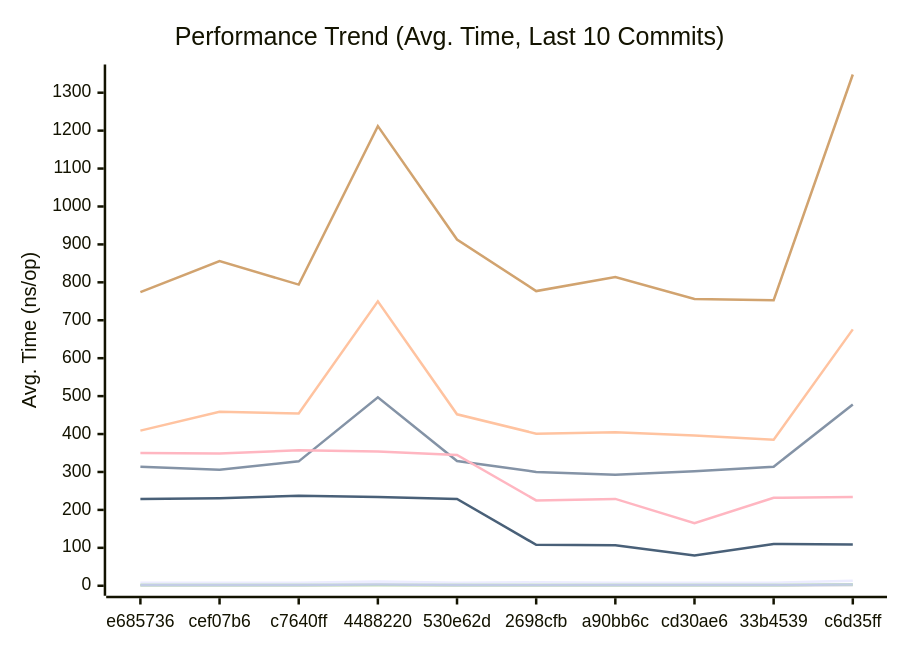
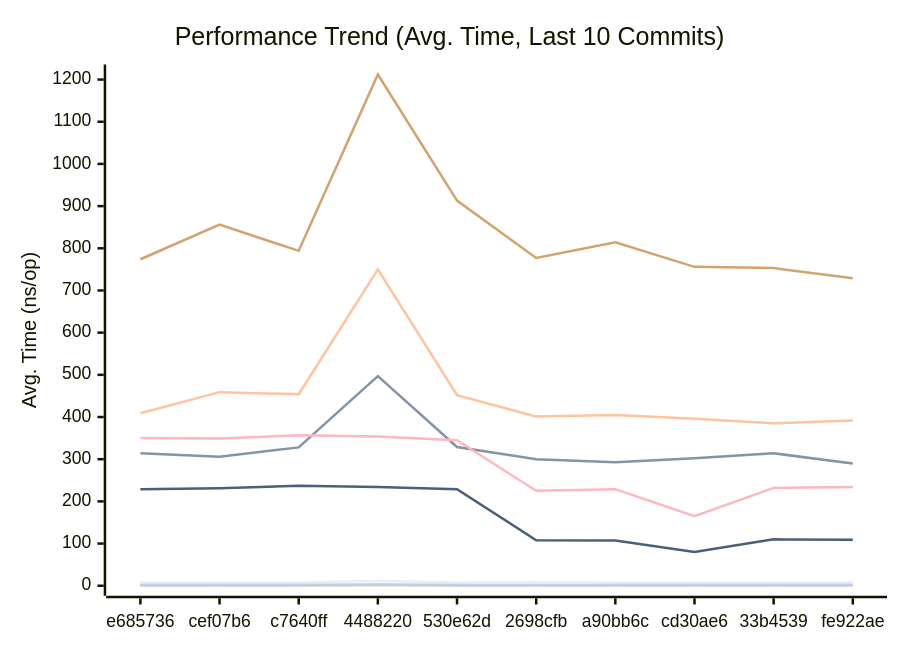
One commit to alsotoes/momo changed the first of 3 diagrams in docs/PERFORMANCE.md. Above: the diagram before and after it, drawn with Mermaid. The commit also changed other lines of this file and 8 other files, not shown here.

````diff
--- a/docs/PERFORMANCE.md
+++ b/docs/PERFORMANCE.md
@@ -80,16 +80,16 @@
 ```mermaid
 xychart-beta
     title "Performance Trend (Avg. Time, Last 10 Commits)"
     x-axis "Commit"
     y-axis "Avg. Time (ns/op)"
-    x-axis [e685736,cef07b6,c7640ff,4488220,530e62d,2698cfb,a90bb6c,cd30ae6,33b4539,c6d35ff]
-    line "CheckMetricsAndSwap" [8,8,8,11,8,9,8,8,8,13]
-    line "CrushOptimized" [314,306,328,497,329,300,293,302,314,478]
-    line "CrushOriginal" [409,459,454,750,452,401,405,396,385,676]
-    line "IndexDirectTracking" [0,0,0,1,0,0,0,0,0,1]
-    line "IndexSearch" [2,2,2,2,2,2,2,2,2,3]
-    line "LoadGlobalConfig" [774,856,794,1212,913,777,814,756,753,1348]
-    line "PadString" [2,2,2,3,2,2,2,2,2,3]
+    x-axis [e685736,cef07b6,c7640ff,4488220,530e62d,2698cfb,a90bb6c,cd30ae6,33b4539,fe922ae]
+    line "CheckMetricsAndSwap" [8,8,8,11,8,9,8,8,8,8]
+    line "CrushOptimized" [314,306,328,497,329,300,293,302,314,290]
+    line "CrushOriginal" [409,459,454,750,452,401,405,396,385,392]
+    line "IndexDirectTracking" [0,0,0,1,0,0,0,0,0,0]
+    line "IndexSearch" [2,2,2,2,2,2,2,2,2,2]
+    line "LoadGlobalConfig" [774,856,794,1212,913,777,814,756,753,729]
+    line "PadString" [2,2,2,3,2,2,2,2,2,2]
     line "ParseReplicationOrder_NoPrealloc" [350,349,357,354,345,225,229,165,232,234]
     line "ParseReplicationOrder_Prealloc" [229,231,237,234,229,108,107,80,110,109]
 ```
````
